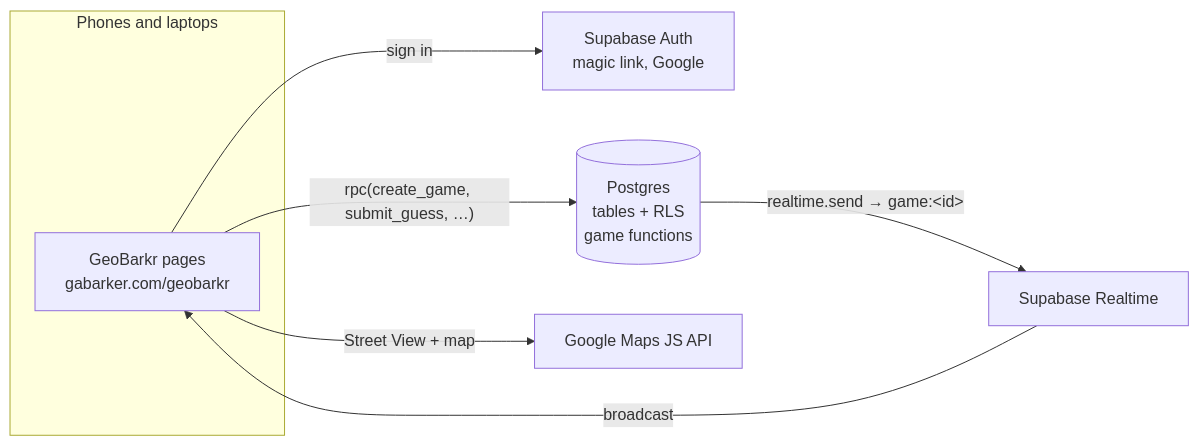
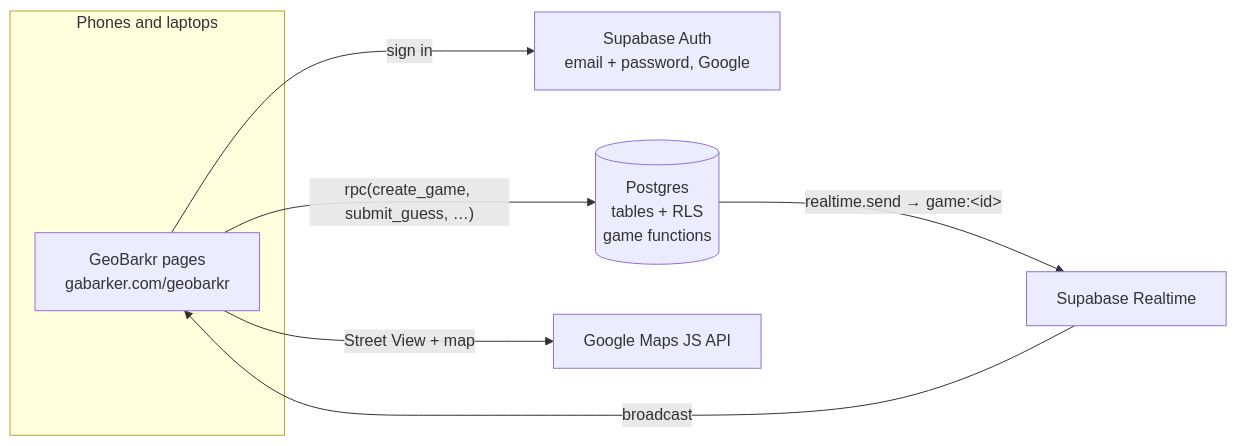
The first of 2 diagrams in geobarkr/docs/ARCHITECTURE.md (gabarker01/gabarker-on), drawn with Mermaid before and after one commit. The commit also changed other lines of this file and 54 other files, not shown here.

````diff
--- a/geobarkr/docs/ARCHITECTURE.md
+++ b/geobarkr/docs/ARCHITECTURE.md
@@ -52,11 +52,11 @@
 ```mermaid
 flowchart LR
   subgraph Phones and laptops
     A[GeoBarkr pages<br/>gabarker.com/geobarkr]
   end
-  A -- sign in --> AUTH[Supabase Auth<br/>magic link, Google]
+  A -- sign in --> AUTH[Supabase Auth<br/>email + password, Google]
   A -- "rpc(create_game, submit_guess, …)" --> DB[(Postgres<br/>tables + RLS<br/>game functions)]
   DB -- "realtime.send → game:&lt;id&gt;" --> RT[Supabase Realtime]
   RT -- broadcast --> A
   A -- Street View + map --> G[Google Maps JS API]
 ```
````
